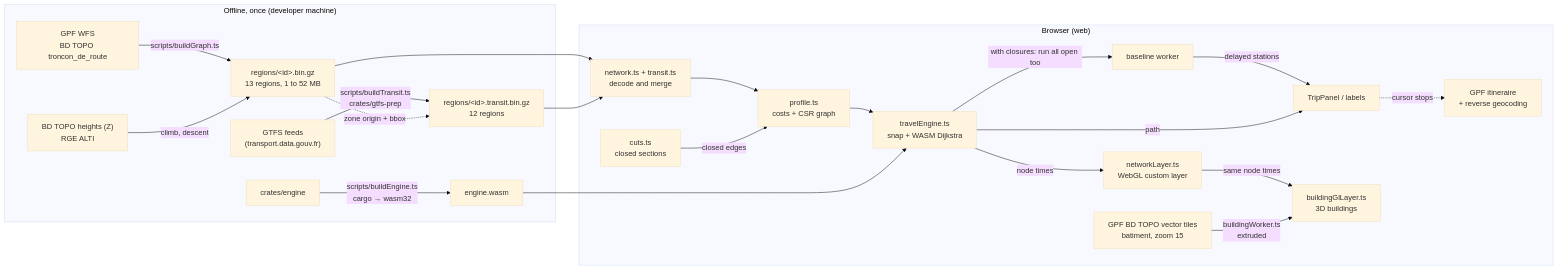
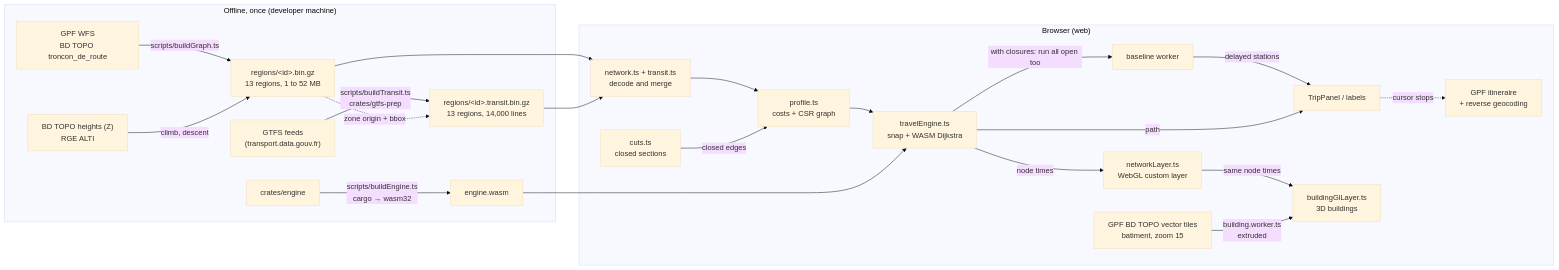
One commit to IGNF/geo-reach changed the first of 2 diagrams in docs/architecture.md. Above: the diagram before and after it, drawn with Mermaid (base theme). The commit also changed other lines of this file and 120 other files, not shown here.

````diff
--- a/docs/architecture.md
+++ b/docs/architecture.md
@@ -9,27 +9,27 @@
 ```mermaid
 flowchart LR
   subgraph prep["Offline, once (developer machine)"]
     WFS["GPF WFS<br/>BD TOPO troncon_de_route"] -->|scripts/buildGraph.ts| G["regions/&lt;id&gt;.bin.gz<br/>13 regions, 1 to 52 MB"]
     Z["BD TOPO heights (Z)<br/>RGE ALTI"] -->|climb, descent| G
-    GTFS["GTFS feeds<br/>(transport.data.gouv.fr)"] -->|scripts/buildTransit.ts<br/>crates/gtfs-prep| T["regions/&lt;id&gt;.transit.bin.gz<br/>12 regions"]
+    GTFS["GTFS feeds<br/>(transport.data.gouv.fr)"] -->|scripts/buildTransit.ts<br/>crates/gtfs-prep| T["regions/&lt;id&gt;.transit.bin.gz<br/>13 regions, 14,000 lines"]
     G -. zone origin + bbox .-> T
     RS[crates/engine] -->|scripts/buildEngine.ts<br/>cargo → wasm32| W[engine.wasm]
   end
 
   subgraph browser["Browser (web)"]
     L[network.ts + transit.ts<br/>decode and merge] --> P[profile.ts<br/>costs + CSR graph]
     C[cuts.ts<br/>closed sections] -->|closed edges| P
     P --> E[travelEngine.ts<br/>snap + WASM Dijkstra]
     E -->|with closures: run all open too| B[baseline worker]
     B -->|delayed stations| UI
     E -->|node times| R[networkLayer.ts<br/>WebGL custom layer]
     R -->|same node times| BG[buildingGlLayer.ts<br/>3D buildings]
     E -->|path| UI[TripPanel / labels]
     UI -.cursor stops.-> GPF["GPF itineraire<br/>+ reverse geocoding"]
-    BT["GPF BD TOPO vector tiles<br/>batiment, zoom 15"] -->|buildingWorker.ts<br/>extruded| BG
+    BT["GPF BD TOPO vector tiles<br/>batiment, zoom 15"] -->|building.worker.ts<br/>extruded| BG
   end
 
   G --> L
   T --> L
   W --> E
 ```
````
